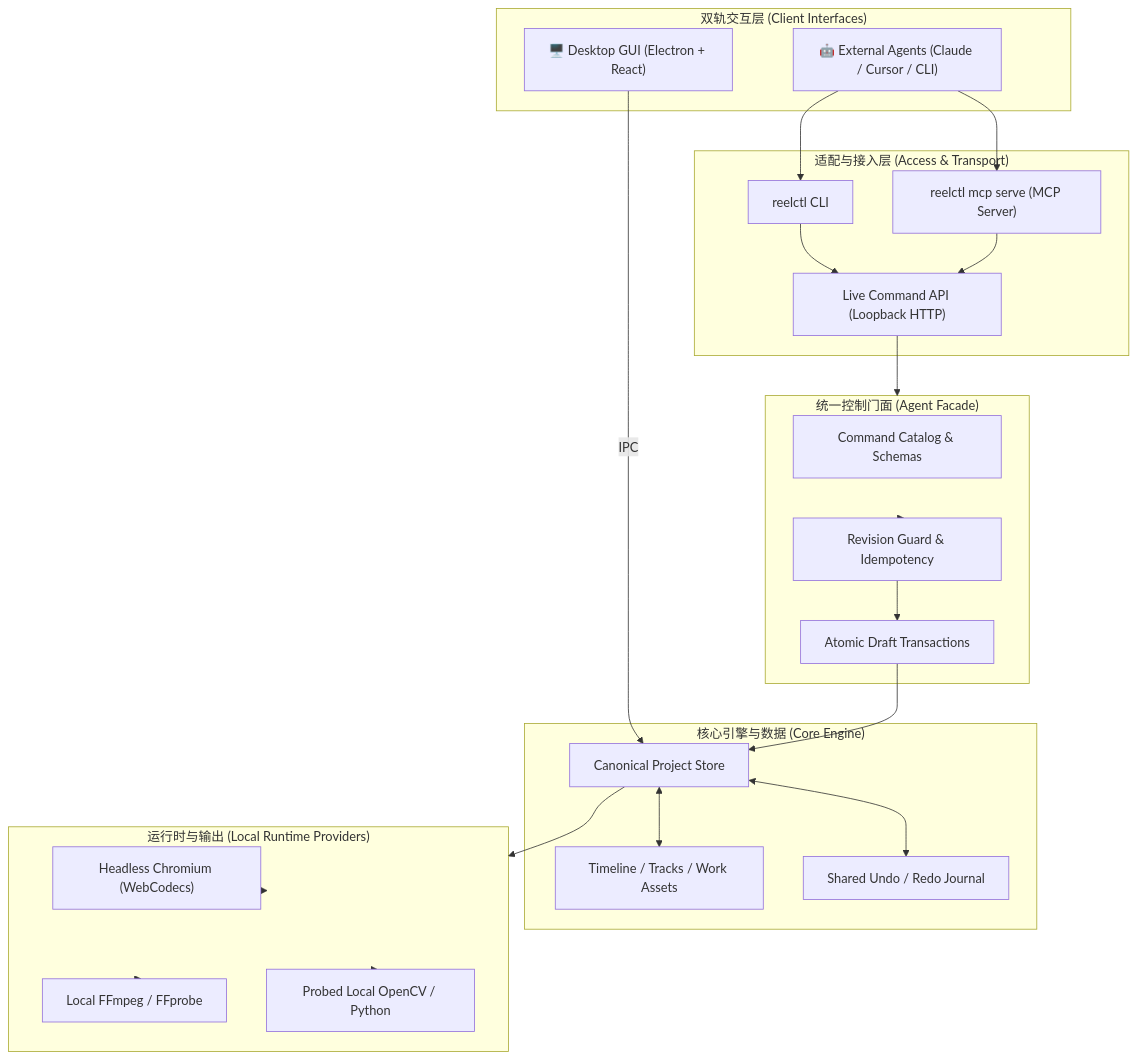
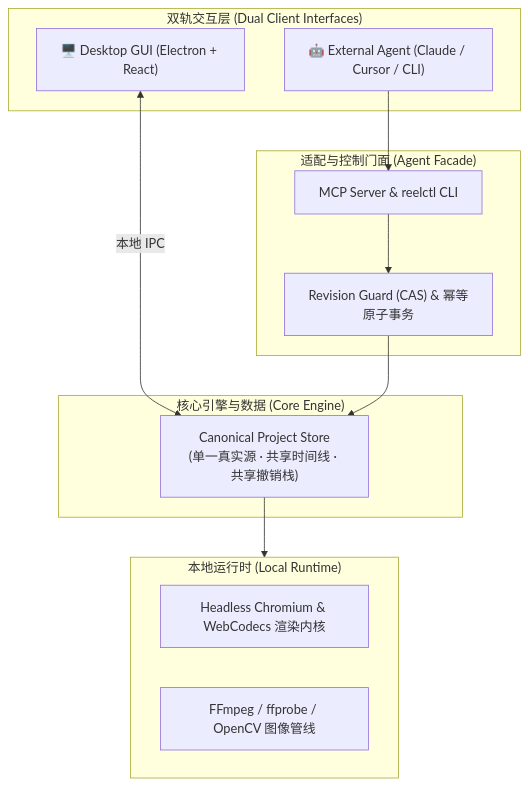
One commit to yuchen-ya/reelterminal changed the second of 2 diagrams in README.md. Above: the diagram before and after it, drawn with Mermaid. The commit also changed other lines of this file and 1 other file, not shown here.

````diff
--- a/README.md
+++ b/README.md
@@ -92,45 +113,25 @@
 ```mermaid
 flowchart TD
-    subgraph Clients["双轨交互层 (Client Interfaces)"]
-        UserGUI["🖥️ Desktop GUI (Electron + React)"]
-        AgentExt["🤖 External Agents (Claude / Cursor / CLI)"]
+    subgraph Clients [" 双轨交互层 (Dual Client Interfaces) "]
+        GUI["🖥️ Desktop GUI (Electron + React)"]
+        Agent["🤖 External Agent (Claude / Cursor / CLI)"]
     end
 
-    subgraph Adapters["适配与接入层 (Access & Transport)"]
-        ReelCtl["reelctl CLI"]
-        MCP["reelctl mcp serve (MCP Server)"]
-        Loopback["Live Command API (Loopback HTTP)"]
+    subgraph Facade [" 适配与控制门面 (Agent Facade) "]
+        MCP["MCP Server & reelctl CLI"]
+        Guard["Revision Guard (CAS) & 幂等原子事务"]
     end
 
-    subgraph Facade["统一控制门面 (Agent Facade)"]
-        Catalog["Command Catalog & Schemas"]
-        CAS["Revision Guard & Idempotency"]
-        Tx["Atomic Draft Transactions"]
+    subgraph Core [" 核心引擎与数据 (Core Engine) "]
+        Store["Canonical Project Store<br>(单一真实源 · 共享时间线 · 共享撤销栈)"]
     end
 
-    subgraph Core["核心引擎与数据 (Core Engine)"]
-        Store["Canonical Project Store"]
-        Timeline["Timeline / Tracks / Work Assets"]
-        UndoStack["Shared Undo / Redo Journal"]
+    subgraph Runtime [" 本地运行时 (Local Runtime) "]
+        Render["Headless Chromium & WebCodecs 渲染内核"]
+        Tools["FFmpeg / ffprobe / OpenCV 图像管线"]
     end
 
-    subgraph Runtime["运行时与输出 (Local Runtime Providers)"]
-        Chromium["Headless Chromium (WebCodecs)"]
-        FFmpegLocal["Local FFmpeg / FFprobe"]
-        OpenCVLocal["Probed Local OpenCV / Python"]
-    end
-
-    UserGUI -->|IPC| Store
-    AgentExt --> ReelCtl
-    AgentExt --> MCP
-    ReelCtl --> Loopback
-    MCP --> Loopback
-    Loopback --> Facade
-    Facade --> CAS --> Tx --> Store
-    Store <--> Timeline
-    Store <--> UndoStack
+    GUI <-->|"本地 IPC"| Store
+    Agent --> MCP --> Guard --> Store
     Store --> Runtime
-    Runtime --> Chromium
-    Runtime --> FFmpegLocal
-    Runtime --> OpenCVLocal
 ```
````
